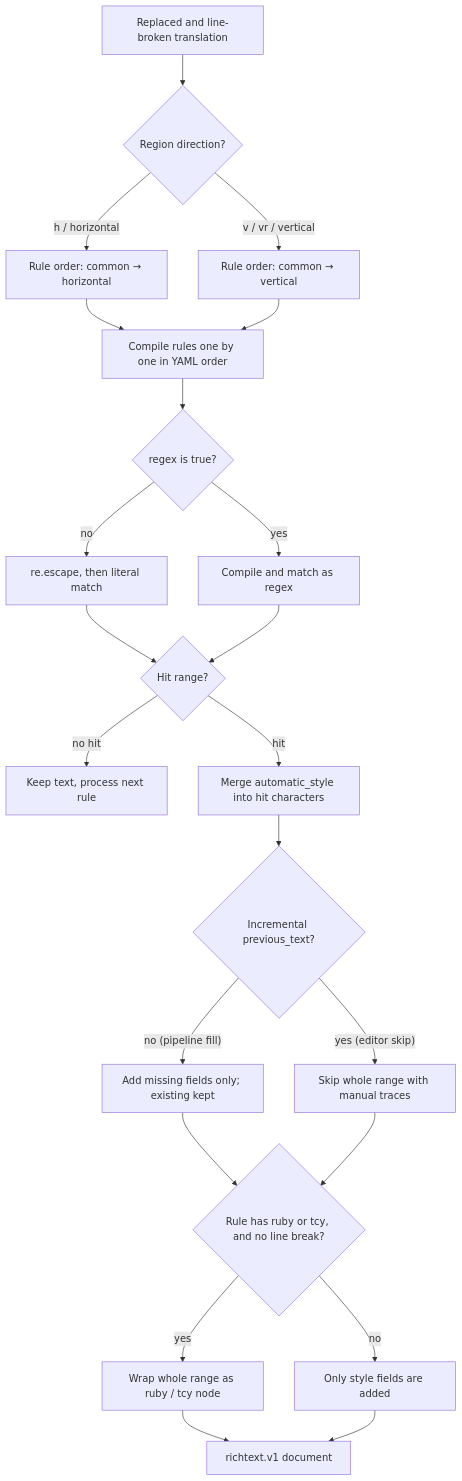
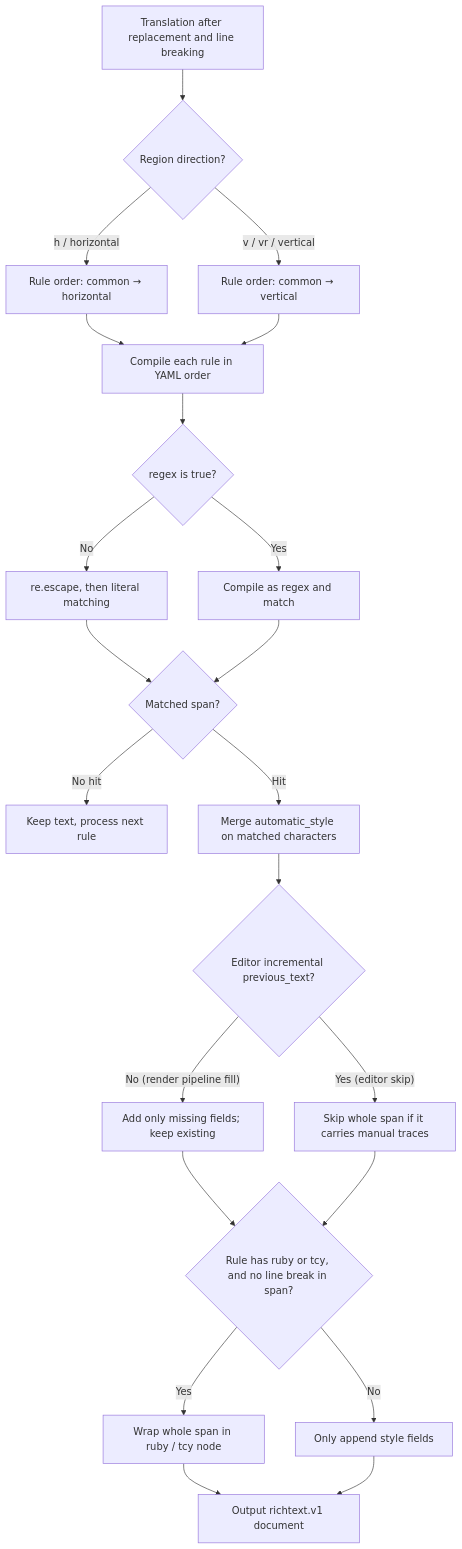
One commit to hgmzhn/manga-translator-ui changed the diagram in doc/wiki/en/desktop/rich-text-rules/table-raw-and-match.md. Above: the diagram before and after it, drawn with Mermaid. The commit also changed other lines of this file and 252 other files, not shown here.

````diff
--- a/doc/wiki/en/desktop/rich-text-rules/table-raw-and-match.md
+++ b/doc/wiki/en/desktop/rich-text-rules/table-raw-and-match.md
@@ -217,24 +97,24 @@
 ```mermaid
 flowchart TD
-    T["Replaced and line-broken translation"] --> D{"Region direction?"}
+    T["Translation after replacement and line breaking"] --> D{"Region direction?"}
     D -->|"h / horizontal"| H["Rule order: common → horizontal"]
     D -->|"v / vr / vertical"| V["Rule order: common → vertical"]
-    H --> R["Compile rules one by one in YAML order"]
+    H --> R["Compile each rule in YAML order"]
     V --> R
     R --> P{"regex is true?"}
-    P -->|"no"| L["re.escape, then literal match"]
-    P -->|"yes"| X["Compile and match as regex"]
-    L --> M{"Hit range?"}
+    P -->|"No"| L["re.escape, then literal matching"]
+    P -->|"Yes"| X["Compile as regex and match"]
+    L --> M{"Matched span?"}
     X --> M
-    M -->|"no hit"| N["Keep text, process next rule"]
-    M -->|"hit"| S["Merge automatic_style into hit characters"]
-    S --> E{"Incremental previous_text?"}
-    E -->|"no (pipeline fill)"| F["Add missing fields only; existing kept"]
-    E -->|"yes (editor skip)"| K["Skip whole range with manual traces"]
-    F --> W{"Rule has ruby or tcy, and no line break?"}
+    M -->|"No hit"| N["Keep text, process next rule"]
+    M -->|"Hit"| S["Merge automatic_style on matched characters"]
+    S --> E{"Editor incremental previous_text?"}
+    E -->|"No (render pipeline fill)"| F["Add only missing fields; keep existing"]
+    E -->|"Yes (editor skip)"| K["Skip whole span if it carries manual traces"]
+    F --> W{"Rule has ruby or tcy, and no line break in span?"}
     K --> W
-    W -->|"yes"| R2["Wrap whole range as ruby / tcy node"]
-    W -->|"no"| O["Only style fields are added"]
-    R2 --> OUT["richtext.v1 document"]
+    W -->|"Yes"| R2["Wrap whole span in ruby / tcy node"]
+    W -->|"No"| O["Only append style fields"]
+    R2 --> OUT["Output richtext.v1 document"]
     O --> OUT
 ```
````
